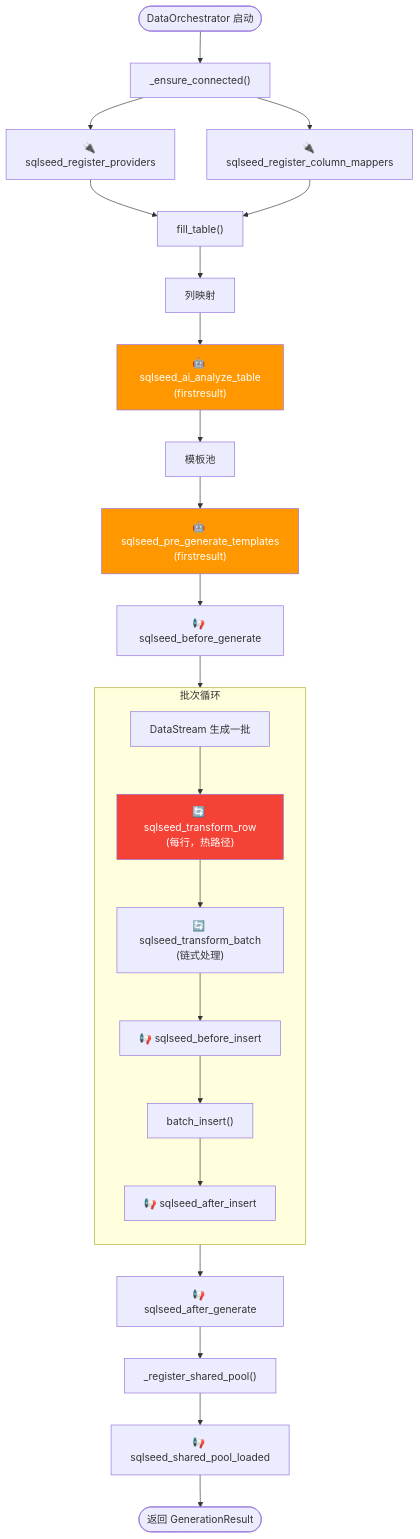
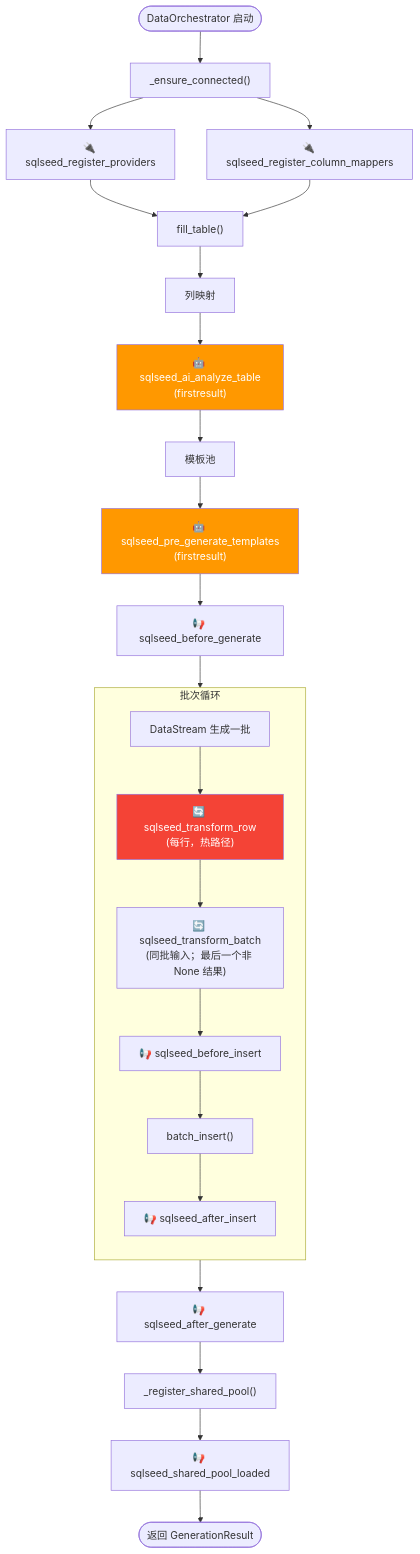
Before and after one commit to sunbos/sqlseed: the eighth of 12 diagrams in docs/architecture.zh-CN.md, drawn with Mermaid. The commit also changed other lines of this file and 346 other files, not shown here.

````diff
--- a/docs/architecture.zh-CN.md
+++ b/docs/architecture.zh-CN.md
@@ -532,44 +539,44 @@
 ```mermaid
 flowchart TB
     Start(["DataOrchestrator 启动"]) --> Connect
 
     Connect["_ensure_connected()"]
     Connect --> H1["🔌 sqlseed_register_providers"]
     Connect --> H2["🔌 sqlseed_register_column_mappers"]
 
     H1 --> Fill["fill_table()"]
     H2 --> Fill
 
     Fill --> Mapping["列映射"]
     Mapping --> H3["🤖 sqlseed_ai_analyze_table<br/>(firstresult)"]
 
     H3 --> Template["模板池"]
     Template --> H4["🤖 sqlseed_pre_generate_templates<br/>(firstresult)"]
 
     H4 --> H5["📢 sqlseed_before_generate"]
 
     H5 --> BatchLoop
 
     subgraph BatchLoop["批次循环"]
         direction TB
         GenBatch["DataStream 生成一批"]
         H6["🔄 sqlseed_transform_row<br/>(每行，热路径)"]
-        H7["🔄 sqlseed_transform_batch<br/>(链式处理)"]
+        H7["🔄 sqlseed_transform_batch<br/>(同批输入；最后一个非 None 结果)"]
         H8["📢 sqlseed_before_insert"]
         Insert["batch_insert()"]
         H9["📢 sqlseed_after_insert"]
 
         GenBatch --> H6 --> H7 --> H8 --> Insert --> H9
     end
 
     BatchLoop --> H10["📢 sqlseed_after_generate"]
 
     H10 --> RegisterPool["_register_shared_pool()"]
     RegisterPool --> H11["📢 sqlseed_shared_pool_loaded"]
 
     H11 --> Done(["返回 GenerationResult"])
 
     style H3 fill:#FF9800,color:#fff
     style H4 fill:#FF9800,color:#fff
     style H6 fill:#F44336,color:#fff
 ```
````
